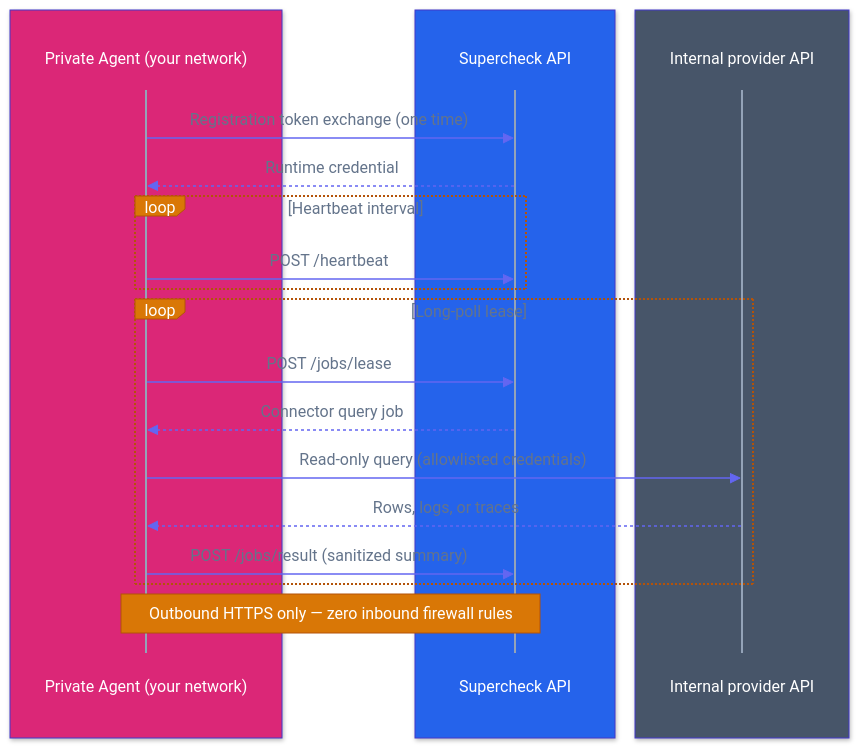
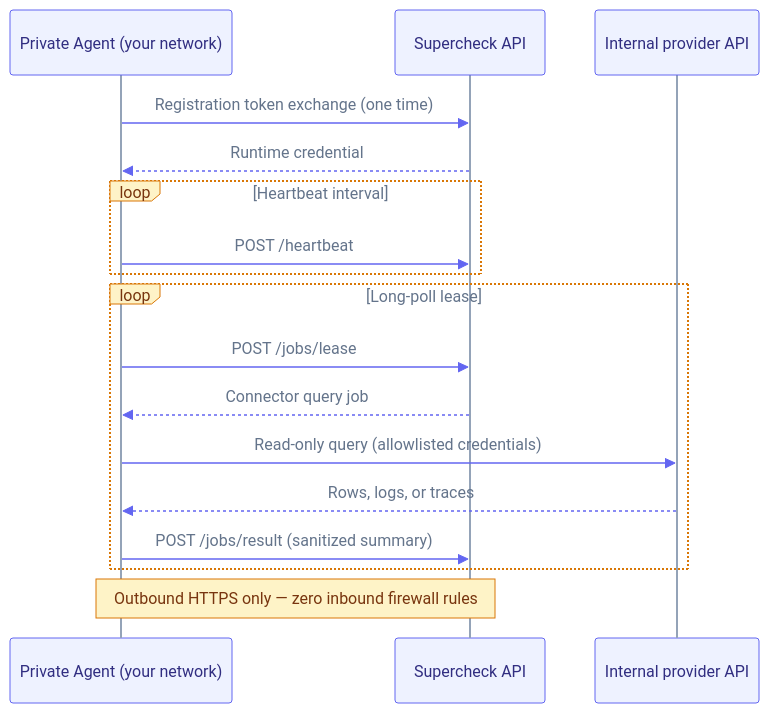
The diagram in docs/content/docs/app/deployment/private-agent.mdx (supercheck-io/supercheck), drawn with Mermaid before and after one commit. The commit also changed 11 other files, not shown here.

First line of the commit message:
docs: clean up sequence diagram colors and readability

````diff
--- a/docs/content/docs/app/deployment/private-agent.mdx
+++ b/docs/content/docs/app/deployment/private-agent.mdx
@@ -42,27 +42,21 @@
 ```mermaid
-%%{init: {"theme":"base","themeVariables":{"fontFamily":"ui-sans-serif, system-ui, -apple-system, Segoe UI, Roboto, sans-serif","primaryColor":"#6366f1","primaryTextColor":"#ffffff","primaryBorderColor":"#4338ca","lineColor":"#94a3b8","actorBkg":"transparent","actorBorder":"transparent","actorTextColor":"#ffffff","actorLineColor":"#94a3b8","signalColor":"#6366f1","signalTextColor":"#64748b","labelBoxBkgColor":"#d97706","labelBoxBorderColor":"#b45309","labelTextColor":"#ffffff","loopTextColor":"#64748b","activationBkgColor":"#7c3aed","activationBorderColor":"#6d28d9","noteBkgColor":"#d97706","noteBorderColor":"#b45309","noteTextColor":"#ffffff","textColor":"#64748b","mainBkg":"#ffffff"}}}%%
+%%{init: {"theme":"base","themeVariables":{"fontFamily":"ui-sans-serif, system-ui, -apple-system, Segoe UI, Roboto, sans-serif","actorBkg":"#eef2ff","actorBorder":"#6366f1","actorTextColor":"#312e81","actorLineColor":"#94a3b8","signalColor":"#6366f1","signalTextColor":"#64748b","labelBoxBkgColor":"#fef3c7","labelBoxBorderColor":"#d97706","labelTextColor":"#78350f","loopTextColor":"#64748b","activationBkgColor":"#ddd6fe","activationBorderColor":"#7c3aed","noteBkgColor":"#fef3c7","noteBorderColor":"#d97706","noteTextColor":"#78350f","textColor":"#64748b","lineColor":"#94a3b8","mainBkg":"transparent"}}}%%
 sequenceDiagram
-    box rgb(219,39,119)
-        participant Agent as Private Agent (your network)
-    end
-    box rgb(37,99,235)
-        participant API as Supercheck API
-    end
-    box rgb(71,85,105)
-        participant Provider as Internal provider API
-    end
+    participant Agent as Private Agent (your network)
+    participant API as Supercheck API
+    participant Provider as Internal provider API
 
     Agent->>API: Registration token exchange (one time)
     API-->>Agent: Runtime credential
     loop Heartbeat interval
         Agent->>API: POST /heartbeat
     end
     loop Long-poll lease
         Agent->>API: POST /jobs/lease
         API-->>Agent: Connector query job
         Agent->>Provider: Read-only query (allowlisted credentials)
         Provider-->>Agent: Rows, logs, or traces
         Agent->>API: POST /jobs/result (sanitized summary)
     end
     Note over Agent,API: Outbound HTTPS only — zero inbound firewall rules
 ```
````
